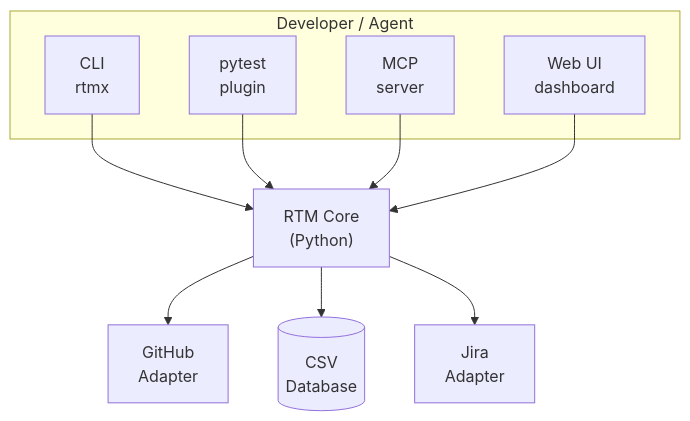
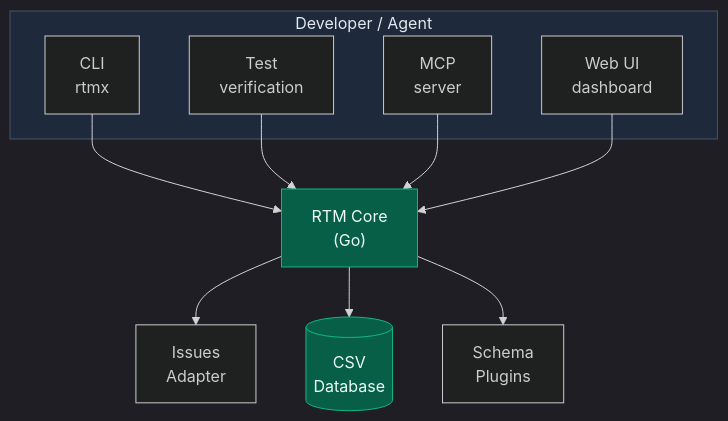
The diagram in src/content/docs/reference/architecture.md (rtmx-ai/rtmx.ai), drawn with Mermaid before and after one commit. The commit also changed 5 other files, not shown here.

First line of the commit message:
fix: force dark mode, update roadmap, fix diagram contrast, code theme

````diff
--- a/src/content/docs/reference/architecture.md
+++ b/src/content/docs/reference/architecture.md
@@ -8,20 +8,25 @@
 ```mermaid
+%%{init: {'theme': 'dark'}}%%
 flowchart TB
     subgraph clients["Developer / Agent"]
         CLI["CLI<br/>rtmx"]
-        pytest["pytest<br/>plugin"]
+        Verify["Test<br/>verification"]
         MCP["MCP<br/>server"]
         WebUI["Web UI<br/>dashboard"]
     end
 
     CLI --> Core
-    pytest --> Core
+    Verify --> Core
     MCP --> Core
     WebUI --> Core
 
-    Core["RTM Core<br/>(Python)"]
+    Core["RTM Core<br/>(Go)"]
 
-    Core --> GitHub["GitHub<br/>Adapter"]
+    Core --> Issues["Issues<br/>Adapter"]
     Core --> CSV[("CSV<br/>Database")]
-    Core --> Jira["Jira<br/>Adapter"]
+    Core --> Schema["Schema<br/>Plugins"]
+
+    style clients fill:#1e293b,stroke:#475569,color:#e2e8f0
+    style Core fill:#065f46,stroke:#10b981,color:#ecfdf5
+    style CSV fill:#065f46,stroke:#10b981,color:#ecfdf5
 ```
````
